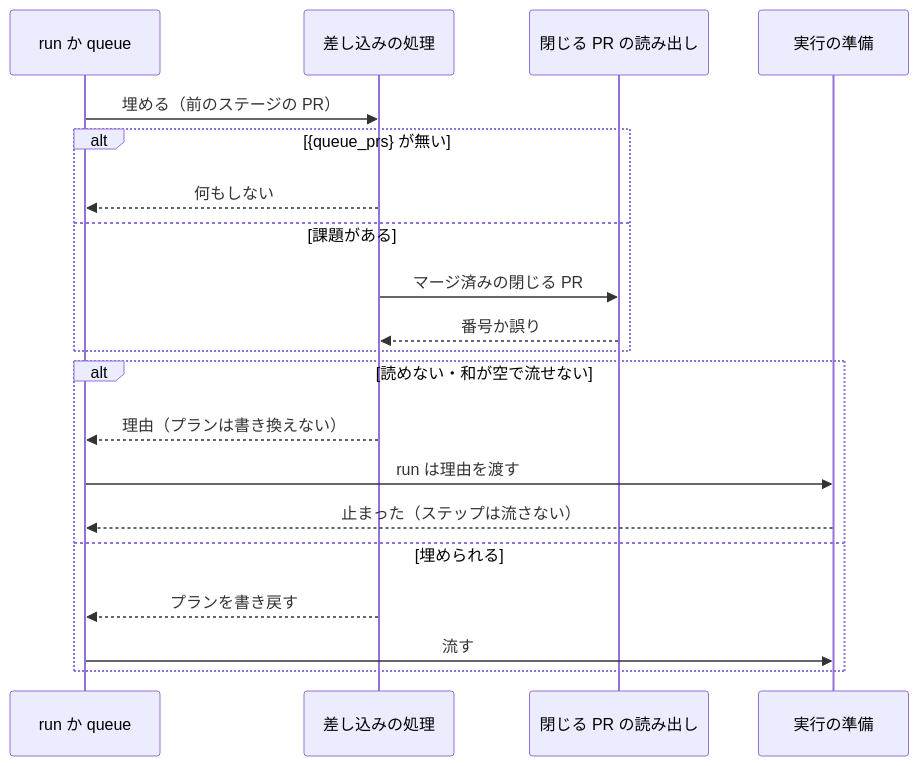
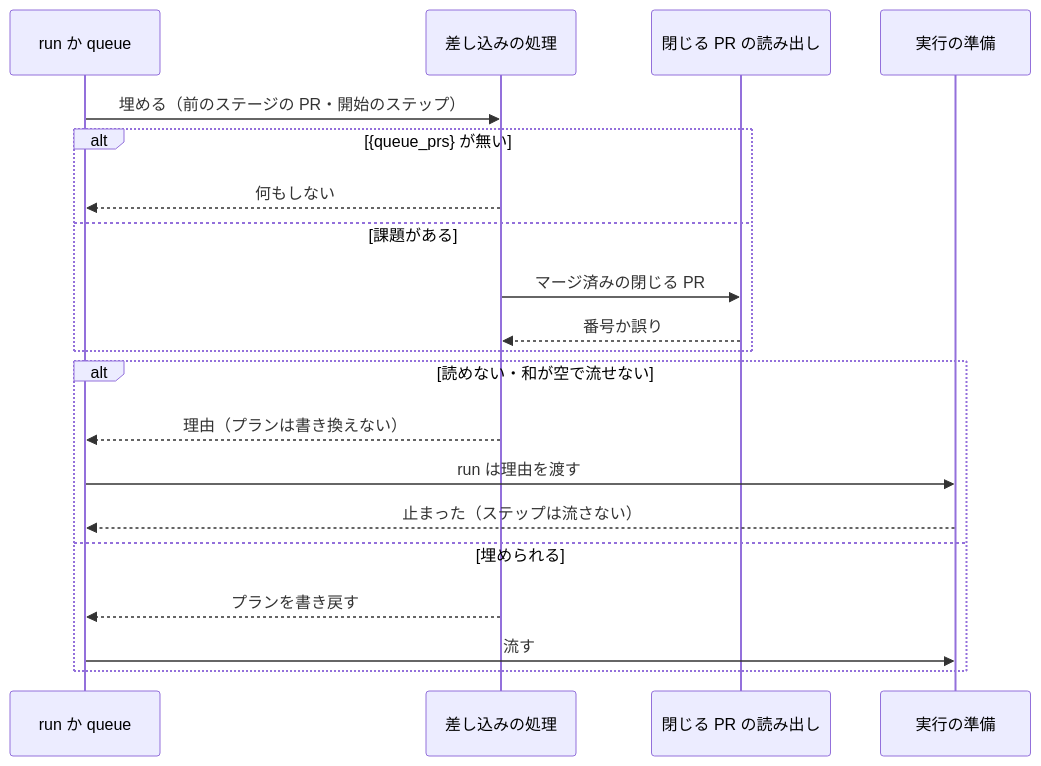
The second of 3 diagrams in issues/issue-2663-design.md (devbasex/ai-plugins), drawn with Mermaid before and after one commit. The commit also changed other lines of this file, not shown here.

````diff
--- a/issues/issue-2663-design.md
+++ b/issues/issue-2663-design.md
@@ -304,22 +316,22 @@
 ```mermaid
 sequenceDiagram
     participant 起動 as run か queue
     participant 差し込み as 差し込みの処理
     participant 読み出し as 閉じる PR の読み出し
     participant 準備 as 実行の準備
-    起動->>差し込み: 埋める（前のステージの PR）
+    起動->>差し込み: 埋める（前のステージの PR・開始のステップ）
     alt {queue_prs} が無い
         差し込み-->>起動: 何もしない
     else 課題がある
         差し込み->>読み出し: マージ済みの閉じる PR
         読み出し-->>差し込み: 番号か誤り
     end
     alt 読めない・和が空で流せない
         差し込み-->>起動: 理由（プランは書き換えない）
         起動->>準備: run は理由を渡す
         準備-->>起動: 止まった（ステップは流さない）
     else 埋められる
         差し込み-->>起動: プランを書き戻す
         起動->>準備: 流す
     end
 ```
````
